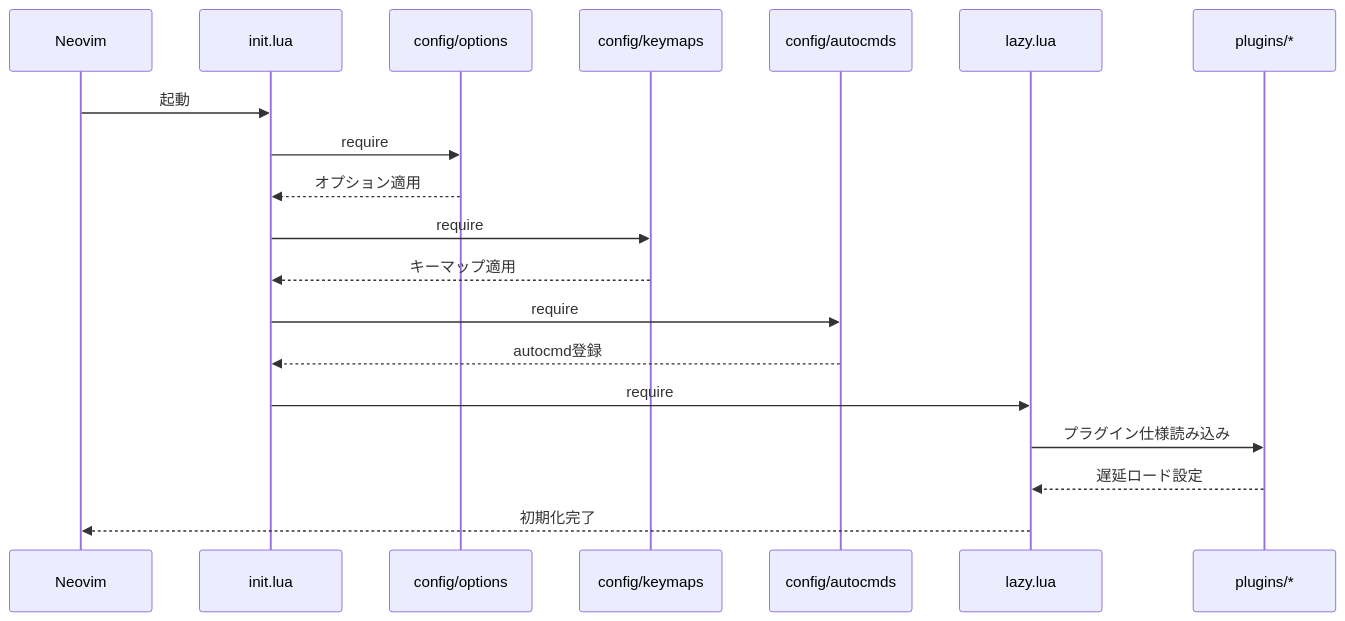
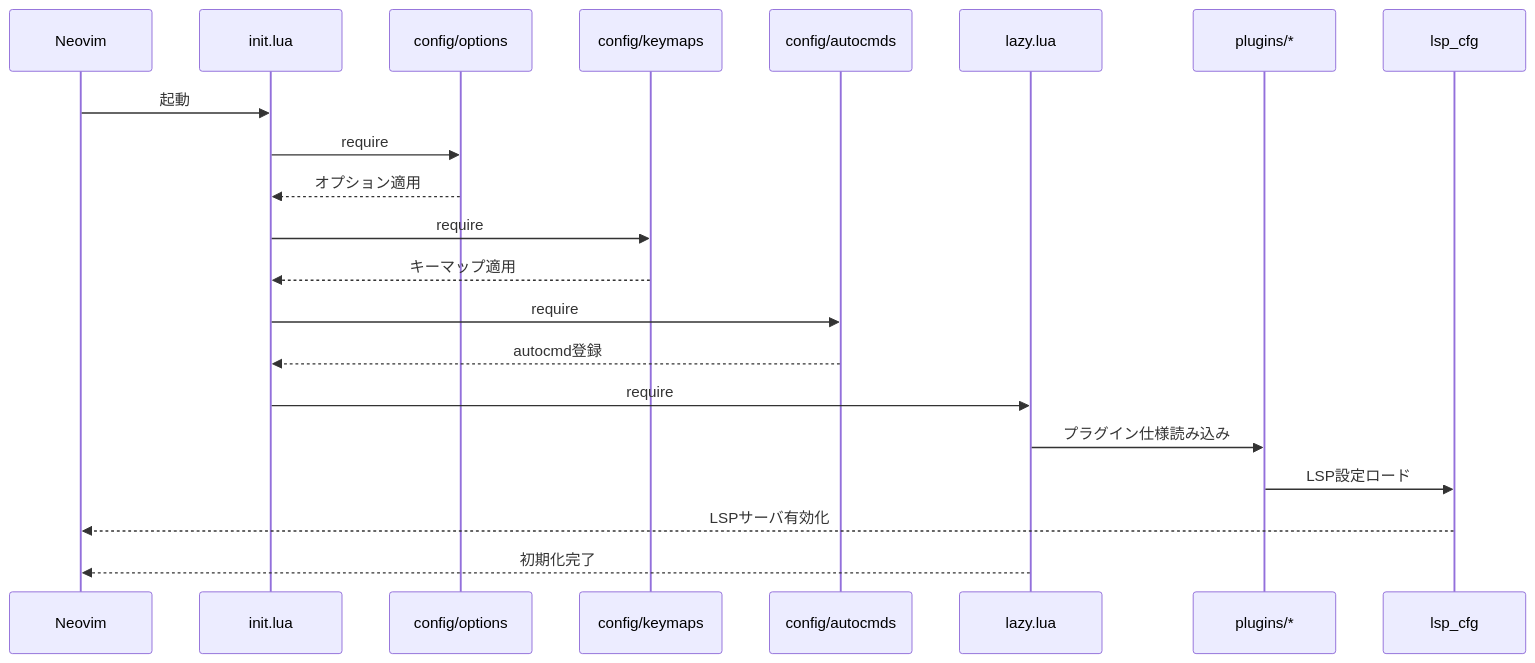
One commit to yohi/dots changed the third of 4 diagrams in .kiro/specs/neovim-config-modernization/design.md. Above: the diagram before and after it, drawn with Mermaid. The commit also changed other lines of this file and 2 other files, not shown here.

````diff
--- a/.kiro/specs/neovim-config-modernization/design.md
+++ b/.kiro/specs/neovim-config-modernization/design.md
@@ -105,22 +120,24 @@
 ```mermaid
 sequenceDiagram
     participant Neovim
     participant init.lua
     participant config/options
     participant config/keymaps
     participant config/autocmds
     participant lazy.lua
     participant plugins/*
+    participant lsp_cfg
 
     Neovim->>init.lua: 起動
     init.lua->>config/options: require
     config/options-->>init.lua: オプション適用
     init.lua->>config/keymaps: require
     config/keymaps-->>init.lua: キーマップ適用
     init.lua->>config/autocmds: require
     config/autocmds-->>init.lua: autocmd登録
     init.lua->>lazy.lua: require
     lazy.lua->>plugins/*: プラグイン仕様読み込み
-    plugins/*-->>lazy.lua: 遅延ロード設定
+    plugins/*->>lsp_cfg: LSP設定ロード
+    lsp_cfg-->>Neovim: LSPサーバ有効化
     lazy.lua-->>Neovim: 初期化完了
 ```
````
